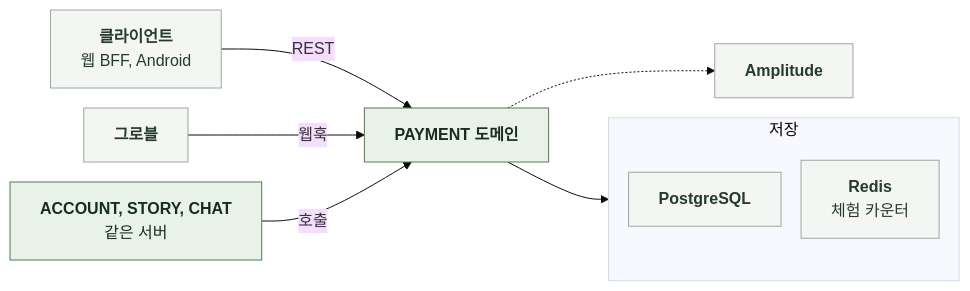
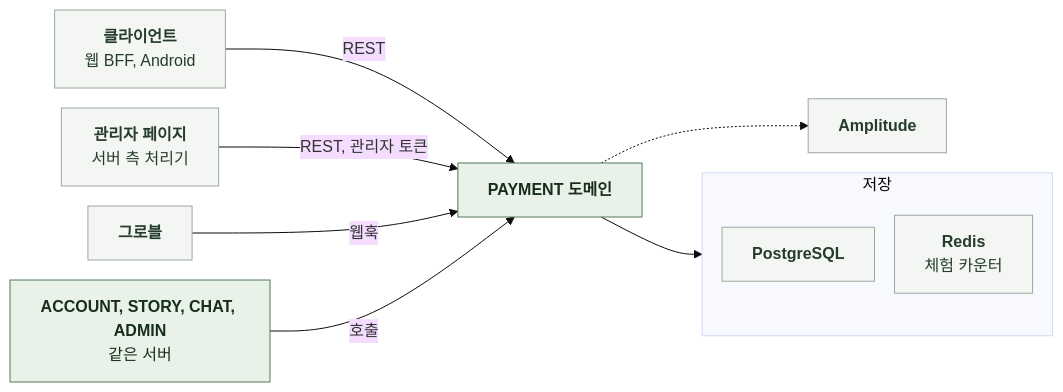
Before and after one commit to KIM-N-KANG/knk-harness: the diagram in docs/domain/PAYMENT/BACKEND/3-1-SOFTWARE-ARCHITECTURE.md, drawn with Mermaid (base theme). The commit also changed other lines of this file and 128 other files, not shown here.

First line of the commit message:
[KNK-1728] Docs: 관리자 페이지 스펙 (#416)

````diff
--- a/docs/domain/PAYMENT/BACKEND/3-1-SOFTWARE-ARCHITECTURE.md
+++ b/docs/domain/PAYMENT/BACKEND/3-1-SOFTWARE-ARCHITECTURE.md
@@ -21,21 +22,23 @@
 ```mermaid
 %%{init: {"flowchart": {"curve": "basis", "nodeSpacing": 20, "rankSpacing": 60}}}%%
 flowchart LR
     C["`**클라이언트**
 웹 BFF, Android`"] -->|REST| S["`**PAYMENT 도메인**`"]
+    AP["`**관리자 페이지**
+서버 측 처리기`"] -->|REST, 관리자 토큰| S
     GR["`**그로블**`"] -->|웹훅| S
     S --> ST
     subgraph ST["저장"]
         direction TB
         DB["`**PostgreSQL**`"]
         R["`**Redis**
 체험 카운터`"]
     end
-    O["`**ACCOUNT, STORY, CHAT**
+    O["`**ACCOUNT, STORY, CHAT, ADMIN**
 같은 서버`"] -->|호출| S
     S -.-> AM["`**Amplitude**`"]
     classDef ext fill:#F4F6F4,stroke:#9BA99E,color:#253C2C
     classDef comp fill:#E8F2E8,stroke:#527A59,color:#182D1D
-    class C,GR,DB,R,AM ext
+    class C,AP,GR,DB,R,AM ext
     class S,O comp
 ```
````
